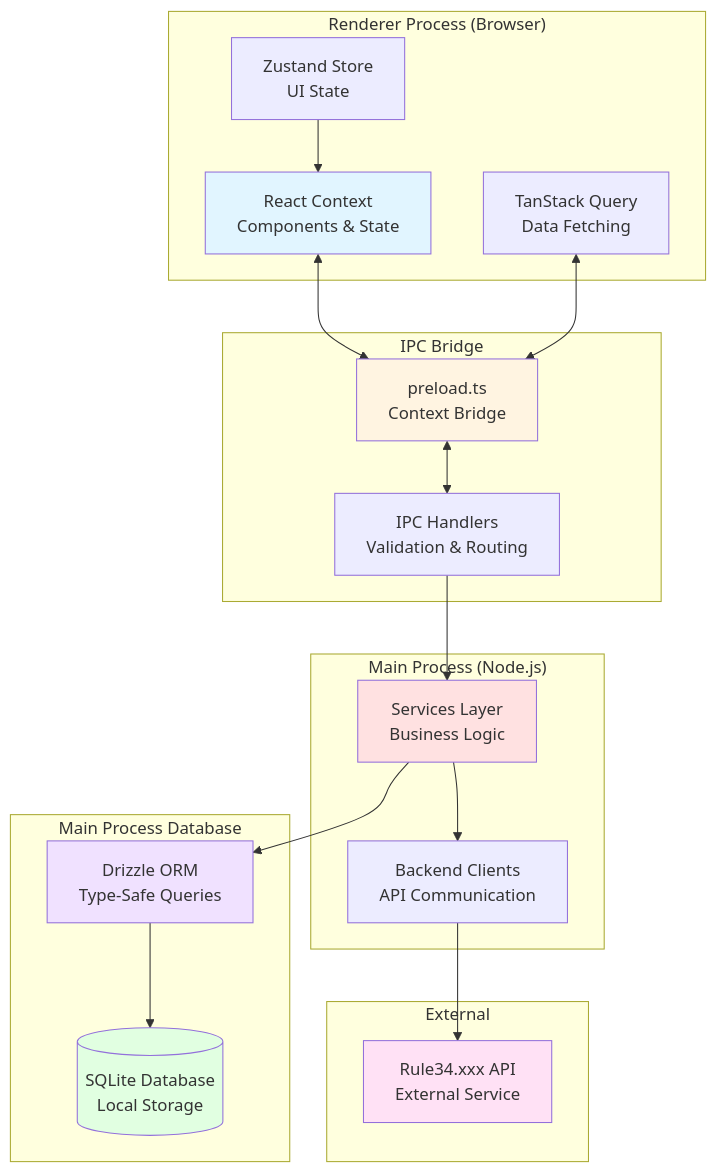
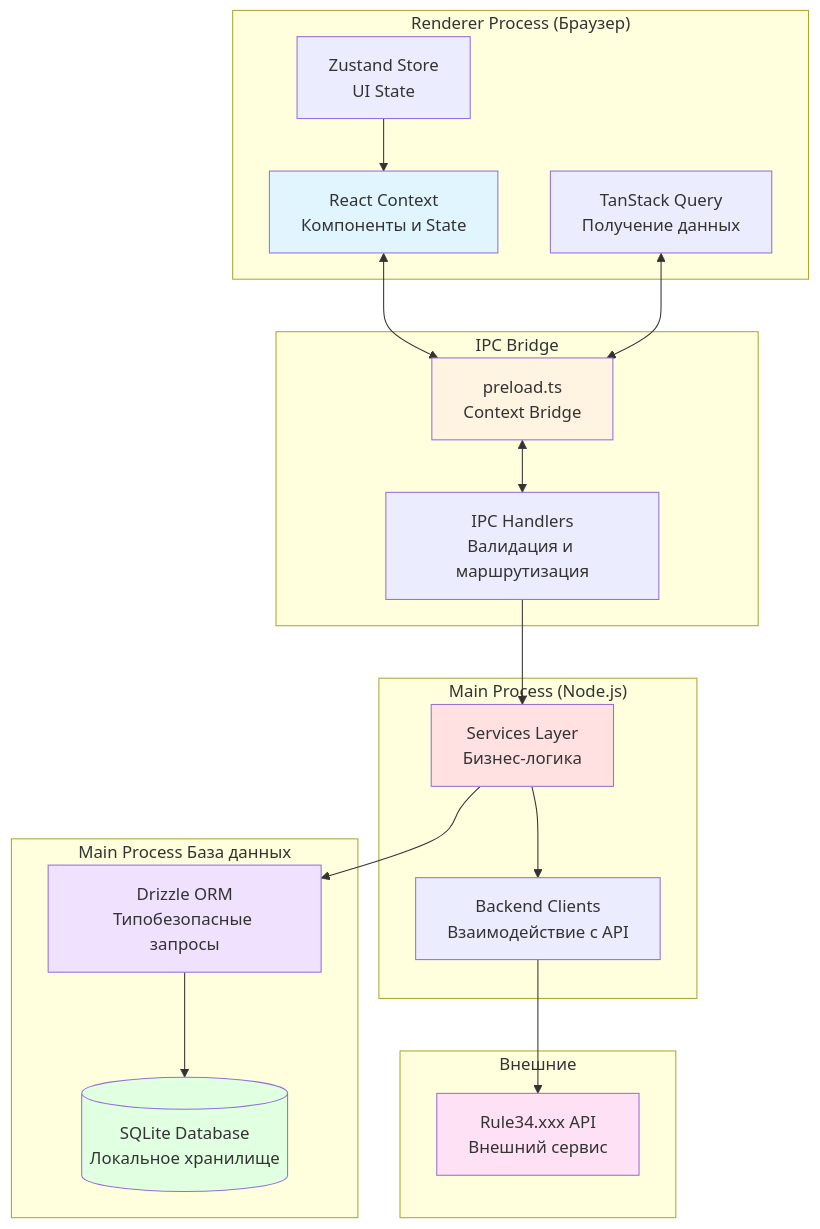
The first of 11 diagrams in .docs-i18n/ru/docs/architecture.md (KazeKaze93/RuleDesk), drawn with Mermaid before and after one commit. The commit also changed other lines of this file and 10 other files, not shown here.

````diff
--- a/.docs-i18n/ru/docs/architecture.md
+++ b/.docs-i18n/ru/docs/architecture.md
@@ -37,45 +37,45 @@
 ```mermaid
 graph TB
-    subgraph "Renderer Process (Browser)"
-        ReactContext[React Context<br/>Components & State]
-        TanStackQuery[TanStack Query<br/>Data Fetching]
+    subgraph "Renderer Process (Браузер)"
+        ReactContext[React Context<br/>Компоненты и State]
+        TanStackQuery[TanStack Query<br/>Получение данных]
         Zustand[Zustand Store<br/>UI State]
     end
 
     subgraph "IPC Bridge"
         Preload[preload.ts<br/>Context Bridge]
-        IPCHandlers[IPC Handlers<br/>Validation & Routing]
+        IPCHandlers[IPC Handlers<br/>Валидация и маршрутизация]
     end
 
     subgraph "Main Process (Node.js)"
-        ServicesLayer[Services Layer<br/>Business Logic]
-        BackendClients[Backend Clients<br/>API Communication]
+        ServicesLayer[Services Layer<br/>Бизнес-логика]
+        BackendClients[Backend Clients<br/>Взаимодействие с API]
     end
 
-    subgraph "Main Process Database"
-        DrizzleORM[Drizzle ORM<br/>Type-Safe Queries]
+    subgraph "Main Process База данных"
+        DrizzleORM[Drizzle ORM<br/>Типобезопасные запросы]
         SQLiteDB[(SQLite Database<br/>WAL Mode)]
     end
 
-    subgraph "External"
-        Rule34API[Rule34.xxx API<br/>External Service]
-        SQLiteDB[(SQLite Database<br/>Local Storage)]
+    subgraph "Внешние"
+        Rule34API[Rule34.xxx API<br/>Внешний сервис]
+        SQLiteDB[(SQLite Database<br/>Локальное хранилище)]
     end
 
     ReactContext <--> Preload
     TanStackQuery <--> Preload
     Zustand --> ReactContext
     Preload <--> IPCHandlers
     IPCHandlers --> ServicesLayer
     ServicesLayer --> BackendClients
     ServicesLayer --> DrizzleORM
     DrizzleORM --> SQLiteDB
     BackendClients --> Rule34API
 
     style ReactContext fill:#e1f5ff
     style Preload fill:#fff4e1
     style ServicesLayer fill:#ffe1e1
     style DrizzleORM fill:#f0e1ff
     style SQLiteDB fill:#e1ffe1
     style Rule34API fill:#ffe1f5
 ```
````
